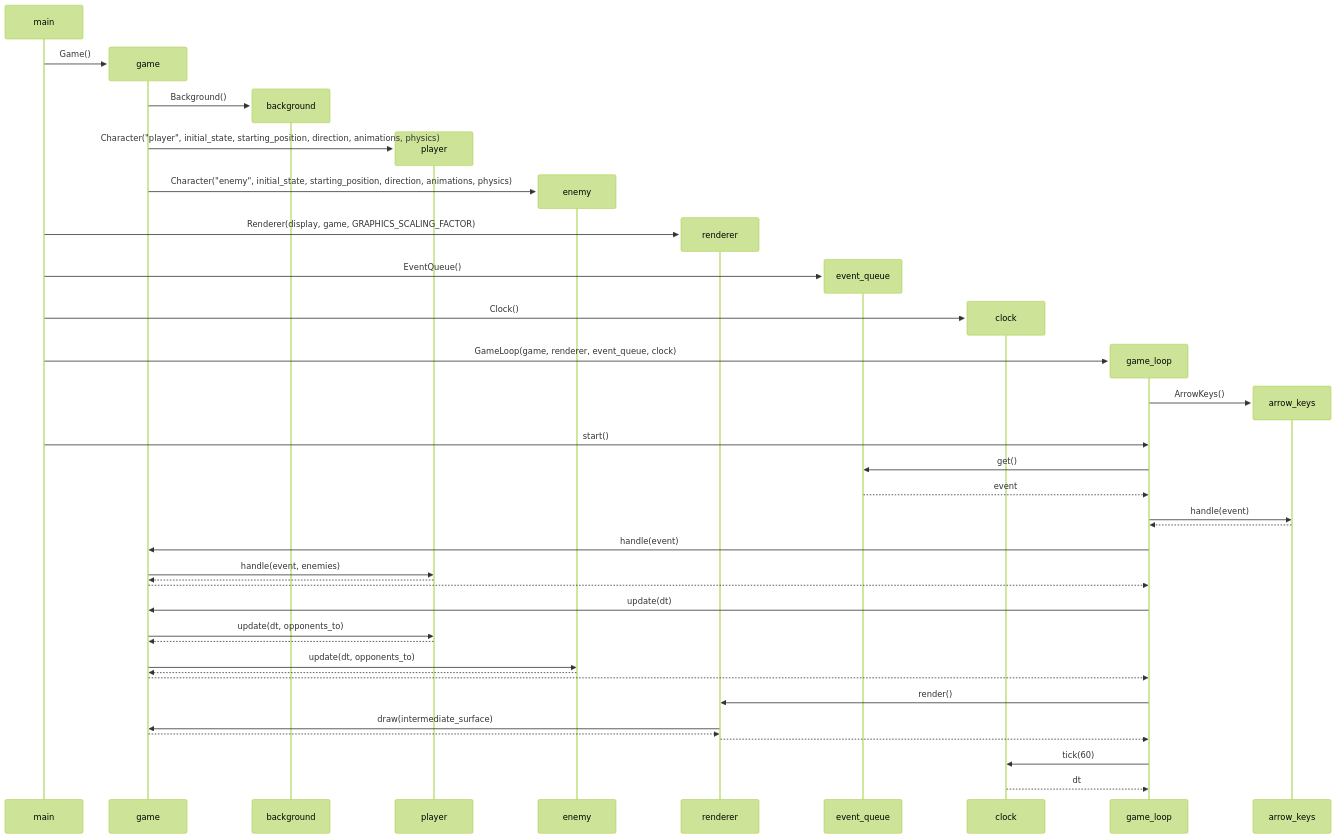
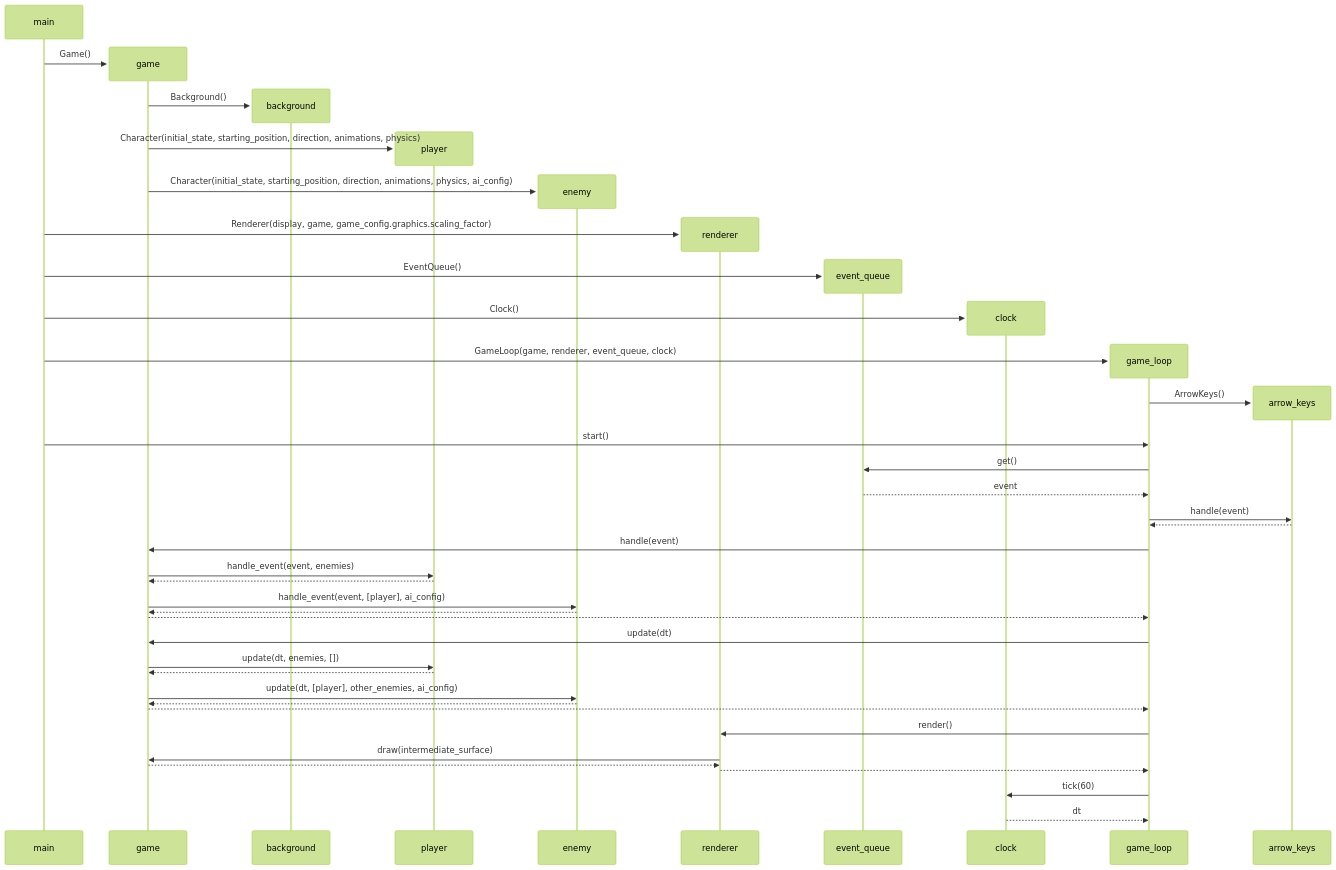
One commit to VSirvio/RaiseYourSword changed the fifth of 5 diagrams in documentation/architecture.md. Above: the diagram before and after it, drawn with Mermaid (forest theme). The commit also changed other lines of this file, not shown here.

````diff
--- a/documentation/architecture.md
+++ b/documentation/architecture.md
@@ -125,43 +203,45 @@
 ```mermaid
 sequenceDiagram
     create participant main
     create participant game
     main->>game: Game()
     create participant background
     game->>background: Background()
     create participant player
-    game->>player: Character("player", initial_state, starting_position, direction, animations, physics)
+    game->>player: Character(initial_state, starting_position, direction, animations, physics)
     create participant enemy
-    game->>enemy: Character("enemy", initial_state, starting_position, direction, animations, physics)
+    game->>enemy: Character(initial_state, starting_position, direction, animations, physics, ai_config)
     create participant renderer
-    main->>renderer: Renderer(display, game, GRAPHICS_SCALING_FACTOR)
+    main->>renderer: Renderer(display, game, game_config.graphics.scaling_factor)
     create participant event_queue
     main->>event_queue: EventQueue()
     create participant clock
     main->>clock: Clock()
     create participant game_loop
     main->>game_loop: GameLoop(game, renderer, event_queue, clock)
     create participant arrow_keys
     game_loop->>arrow_keys: ArrowKeys()
     main->>game_loop: start()
     game_loop->>event_queue: get()
     event_queue-->>game_loop: event
     game_loop->>arrow_keys: handle(event)
     arrow_keys-->>game_loop: 
     game_loop->>game: handle(event)
-    game->>player: handle(event, enemies)
+    game->>player: handle_event(event, enemies)
     player-->>game: 
+    game->>enemy: handle_event(event, [player], ai_config)
+    enemy-->>game: 
     game-->>game_loop: 
     game_loop->>game: update(dt)
-    game->>player: update(dt, opponents_to)
+    game->>player: update(dt, enemies, [])
     player-->>game: 
-    game->>enemy: update(dt, opponents_to)
+    game->>enemy: update(dt, [player], other_enemies, ai_config)
     enemy-->>game: 
     game-->>game_loop: 
     game_loop->>renderer: render()
     renderer->>game: draw(intermediate_surface)
     game-->>renderer: 
     renderer-->>game_loop: 
     game_loop->>clock: tick(60)
     clock-->>game_loop: dt
 ```
````
